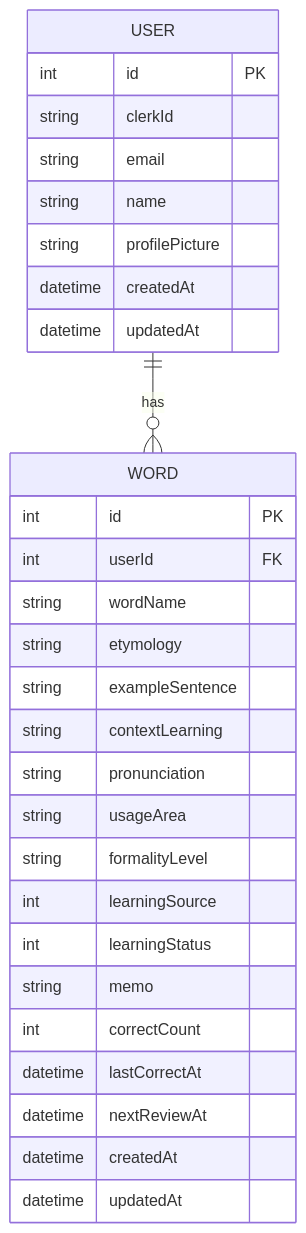
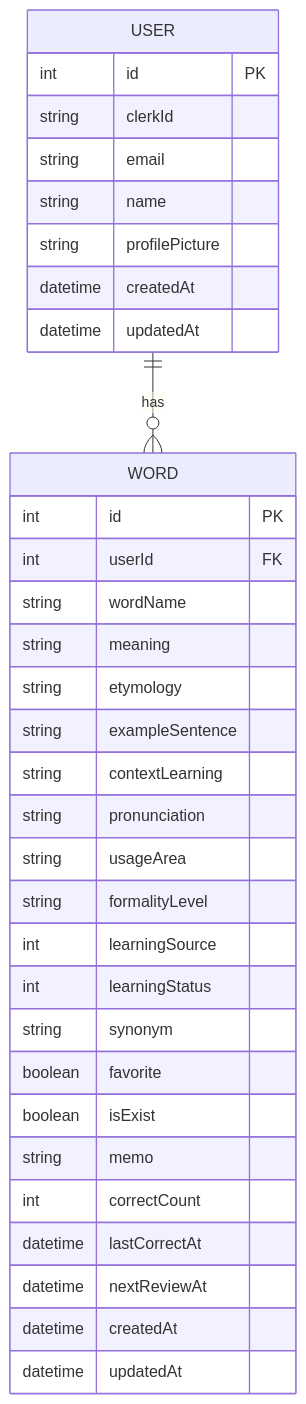
One commit to yusuken1121/Language_App changed the diagram in language-app/ERD.md. Above: the diagram before and after it, drawn with Mermaid. The commit also changed 5 other files, not shown here.

Commit message:
⚡️ Update the schema and add favorite functionality and synonyms

````diff
--- a/language-app/ERD.md
+++ b/language-app/ERD.md
@@ -1,33 +1,37 @@
 ```mermaid
 erDiagram
     USER {
         int id PK
         string clerkId
         string email
         string name
         string profilePicture
         datetime createdAt
         datetime updatedAt
     }
     WORD {
         int id PK
         int userId FK
         string wordName
+        string meaning
         string etymology
         string exampleSentence
         string contextLearning
         string pronunciation
         string usageArea
         string formalityLevel
         int learningSource
         int learningStatus
+        string synonym
+        boolean favorite
+        boolean isExist
         string memo
         int correctCount
         datetime lastCorrectAt
         datetime nextReviewAt
         datetime createdAt
         datetime updatedAt
     }
 
     USER ||--o{ WORD : "has"
 ```
````
